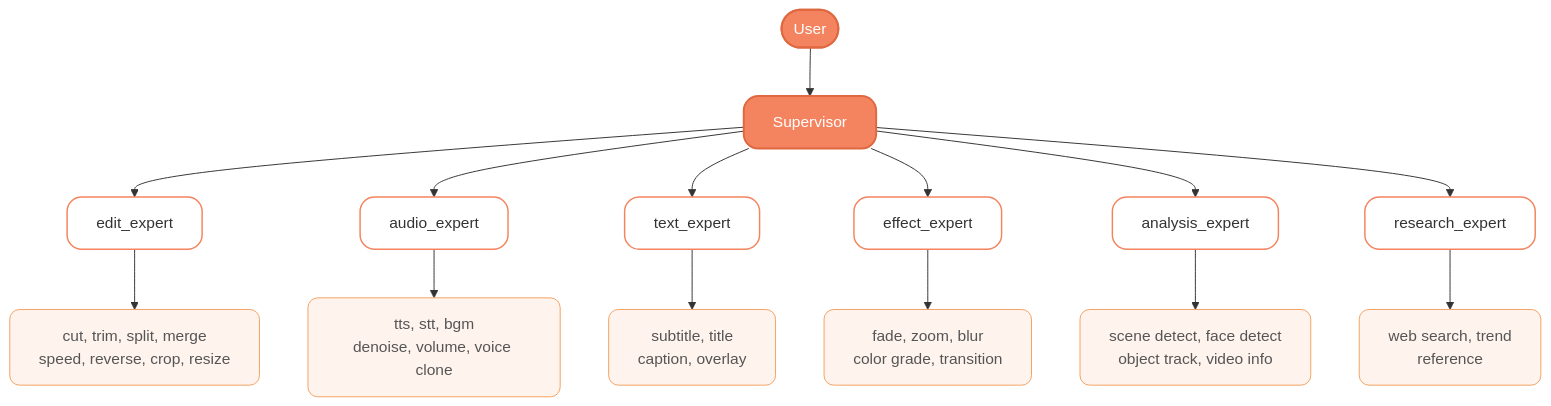
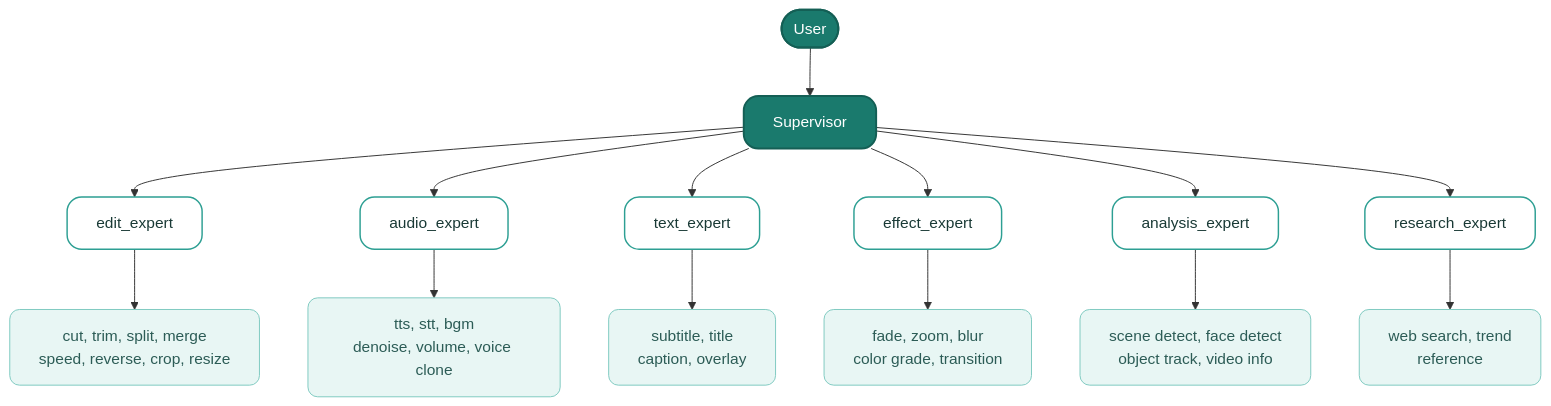
The first of 2 diagrams in README.md (2026-1-prometheus-4-team/video-agent-study), drawn with Mermaid before and after one commit. The commit also changed other lines of this file, not shown here.

Commit message:
docs: update mermaid color scheme to teal/green palette

````diff
--- a/README.md
+++ b/README.md
@@ -5,27 +5,26 @@
 ```mermaid
 flowchart TD
     User([User]) --> Supervisor[Supervisor]
 
     Supervisor --> Edit[edit_expert]
     Supervisor --> Audio[audio_expert]
     Supervisor --> Text[text_expert]
     Supervisor --> Effect[effect_expert]
     Supervisor --> Analysis[analysis_expert]
     Supervisor --> Research[research_expert]
 
     Edit --> EditTools["cut, trim, split, merge\nspeed, reverse, crop, resize"]
     Audio --> AudioTools["tts, stt, bgm\ndenoise, volume, voice clone"]
     Text --> TextTools["subtitle, title\ncaption, overlay"]
     Effect --> EffectTools["fade, zoom, blur\ncolor grade, transition"]
     Analysis --> AnalysisTools["scene detect, face detect\nobject track, video info"]
     Research --> ResearchTools["web search, trend\nreference"]
 
-    classDef emphasisClass fill:#f4845f,stroke:#e06840,stroke-width:2px,color:#fff,rx:15,ry:15
-    classDef normalClass fill:#fff,stroke:#f4845f,stroke-width:1.5px,color:#333,rx:15,ry:15
-    classDef processClass fill:#fff3ed,stroke:#f4a261,stroke-width:1px,color:#555,rx:10,ry:10
-    classDef decisionClass fill:#ffe8d6,stroke:#e07c3e,stroke-width:2px,color:#333,rx:15,ry:15
+    classDef emphasisClass fill:#1a7a6d,stroke:#145f55,stroke-width:2px,color:#fff,rx:15,ry:15
+    classDef normalClass fill:#fff,stroke:#2d9f93,stroke-width:1.5px,color:#1a3a36,rx:15,ry:15
+    classDef processClass fill:#e8f6f4,stroke:#7ecac1,stroke-width:1px,color:#2c5c56,rx:10,ry:10
 
     class User,Supervisor emphasisClass
     class Edit,Audio,Text,Effect,Analysis,Research normalClass
     class EditTools,AudioTools,TextTools,EffectTools,AnalysisTools,ResearchTools processClass
 ```
````
